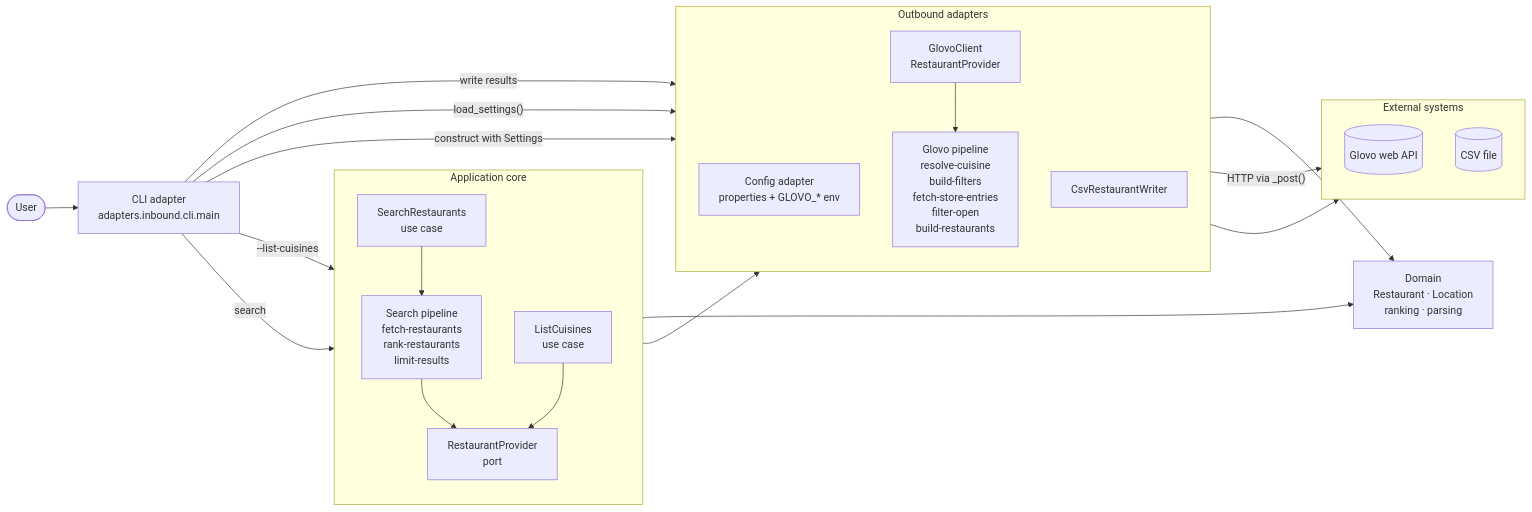
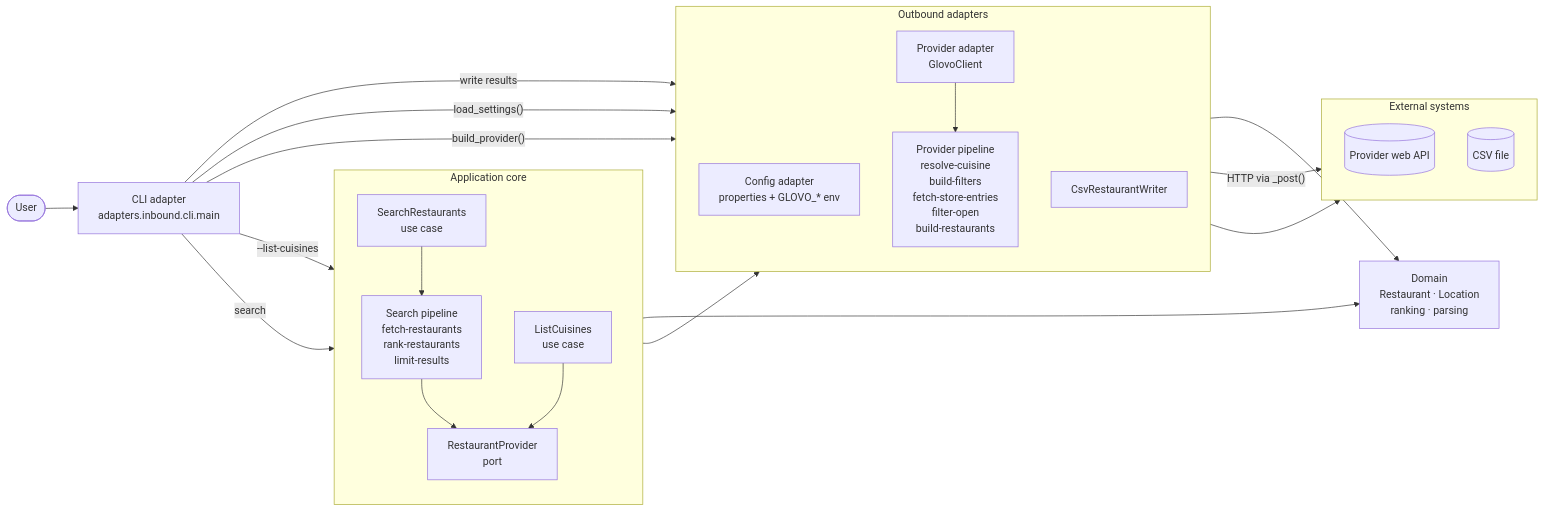
The first of 2 diagrams in docs/architecture.md (tbanjos/restaurant-finder), drawn with Mermaid before and after one commit. The commit also changed other lines of this file and 18 other files, not shown here.

````diff
--- a/docs/architecture.md
+++ b/docs/architecture.md
@@ -55,43 +56,43 @@
 ```mermaid
 flowchart LR
     user([User]) --> cli["CLI adapter<br/>adapters.inbound.cli.main"]
 
     subgraph application["Application core"]
         direction TB
         search["SearchRestaurants<br/>use case"]
         list["ListCuisines<br/>use case"]
         pipeline["Search pipeline<br/>fetch-restaurants<br/>rank-restaurants<br/>limit-results"]
         port["RestaurantProvider<br/>port"]
     end
 
     subgraph adapters["Outbound adapters"]
         direction TB
         config["Config adapter<br/>properties + GLOVO_* env"]
-        glovo["GlovoClient<br/>RestaurantProvider"]
-        glovoPipeline["Glovo pipeline<br/>resolve-cuisine<br/>build-filters<br/>fetch-store-entries<br/>filter-open<br/>build-restaurants"]
+        provider["Provider adapter<br/>GlovoClient"]
+        adapterPipeline["Provider pipeline<br/>resolve-cuisine<br/>build-filters<br/>fetch-store-entries<br/>filter-open<br/>build-restaurants"]
         writer["CsvRestaurantWriter"]
     end
 
     subgraph external["External systems"]
         direction TB
-        api[("Glovo web API")]
+        api[("Provider web API")]
         csv[("CSV file")]
     end
 
     domain["Domain<br/>Restaurant · Location<br/>ranking · parsing"]
 
     cli -->|"--list-cuisines"| list
     cli -->|"search"| search
     cli -->|"write results"| writer
     cli -->|"load_settings()"| config
-    cli -->|"construct with Settings"| glovo
+    cli -->|"build_provider()"| provider
     search --> pipeline
     pipeline --> port
     list --> port
-    port --> glovo
-    glovo --> glovoPipeline
-    glovoPipeline -->|"HTTP via _post()"| api
-    glovo --> domain
+    port --> provider
+    provider --> adapterPipeline
+    adapterPipeline -->|"HTTP via _post()"| api
+    provider --> domain
     pipeline --> domain
     writer --> csv
 ```
````
